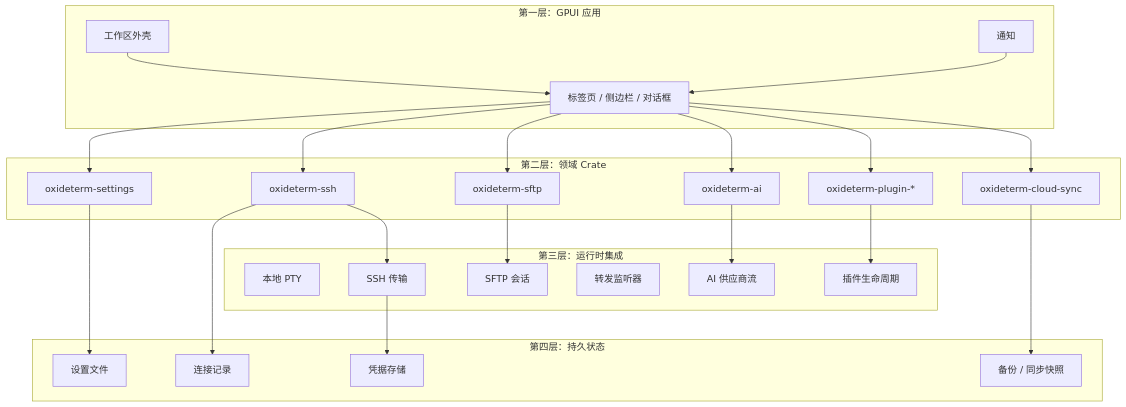
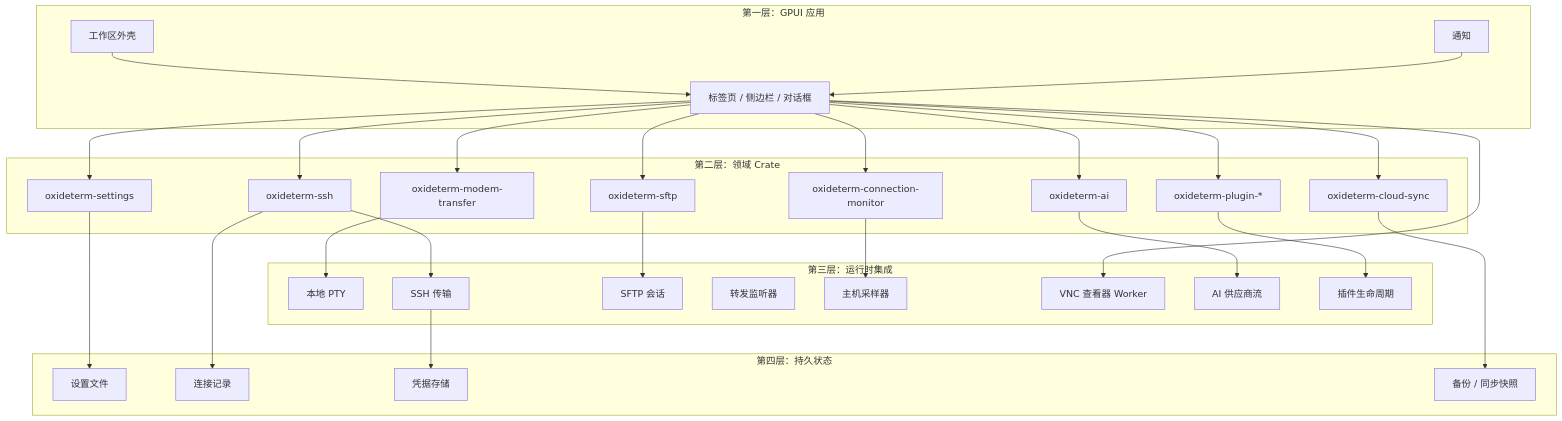
Before and after one commit to AnalyseDeCircuit/oxideterm: the fourth of 15 diagrams in docs/user-guide/zh-Hans/architecture.md, drawn with Mermaid. The commit also changed other lines of this file and 17 other files, not shown here.

Commit message:
docs: refresh native architecture guide

````diff
--- a/docs/user-guide/zh-Hans/architecture.md
+++ b/docs/user-guide/zh-Hans/architecture.md
@@ -327,50 +342,59 @@
 ```mermaid
 flowchart TB
     subgraph UI["第一层：GPUI 应用"]
         Workspace["工作区外壳"]
         Surfaces["标签页 / 侧边栏 / 对话框"]
         Notifications["通知"]
     end
 
     subgraph Domain["第二层：领域 Crate"]
         Ssh["oxideterm-ssh"]
         Sftp["oxideterm-sftp"]
+        MonitorDomain["oxideterm-connection-monitor"]
+        ModemDomain["oxideterm-modem-transfer"]
         Ai["oxideterm-ai"]
         SettingsDomain["oxideterm-settings"]
         PluginsDomain["oxideterm-plugin-*"]
         SyncDomain["oxideterm-cloud-sync"]
     end
 
     subgraph RuntimeIntegration["第三层：运行时集成"]
         PtyRuntime["本地 PTY"]
         SshRuntime["SSH 传输"]
         SftpRuntime["SFTP 会话"]
         ForwardRuntime["转发监听器"]
+        HostSampler["主机采样器"]
+        GraphicsRuntime["VNC 查看器 Worker"]
         ProviderRuntime["AI 供应商流"]
         PluginRuntime["插件生命周期"]
     end
 
     subgraph Durable["第四层：持久状态"]
         SettingsFiles["设置文件"]
         ConnectionFiles["连接记录"]
         Keychain["凭据存储"]
         Backups["备份 / 同步快照"]
     end
 
     Workspace --> Surfaces
     Surfaces --> Ssh
     Surfaces --> Sftp
+    Surfaces --> MonitorDomain
+    Surfaces --> ModemDomain
+    Surfaces --> GraphicsRuntime
     Surfaces --> Ai
     Surfaces --> SettingsDomain
     Surfaces --> PluginsDomain
     Surfaces --> SyncDomain
     Ssh --> SshRuntime
     Sftp --> SftpRuntime
+    MonitorDomain --> HostSampler
+    ModemDomain --> PtyRuntime
     Ai --> ProviderRuntime
     PluginsDomain --> PluginRuntime
     SshRuntime --> Keychain
     SettingsDomain --> SettingsFiles
     Ssh --> ConnectionFiles
     SyncDomain --> Backups
     Notifications --> Surfaces
 ```
````
